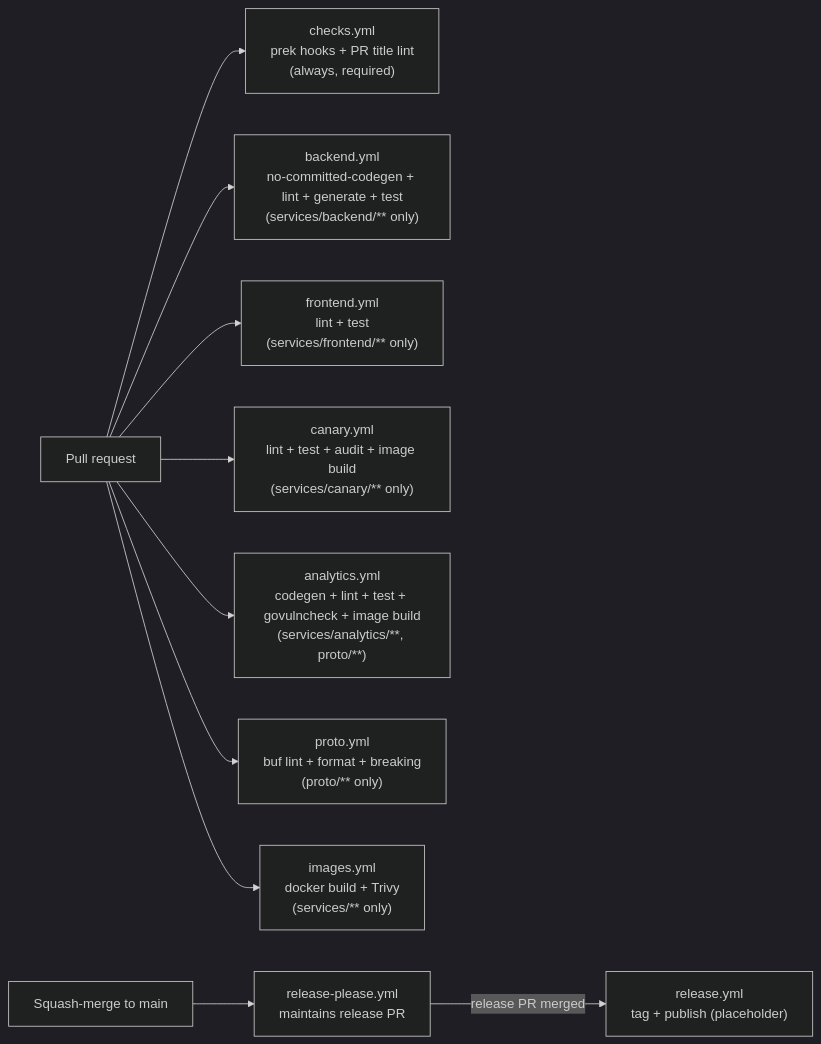
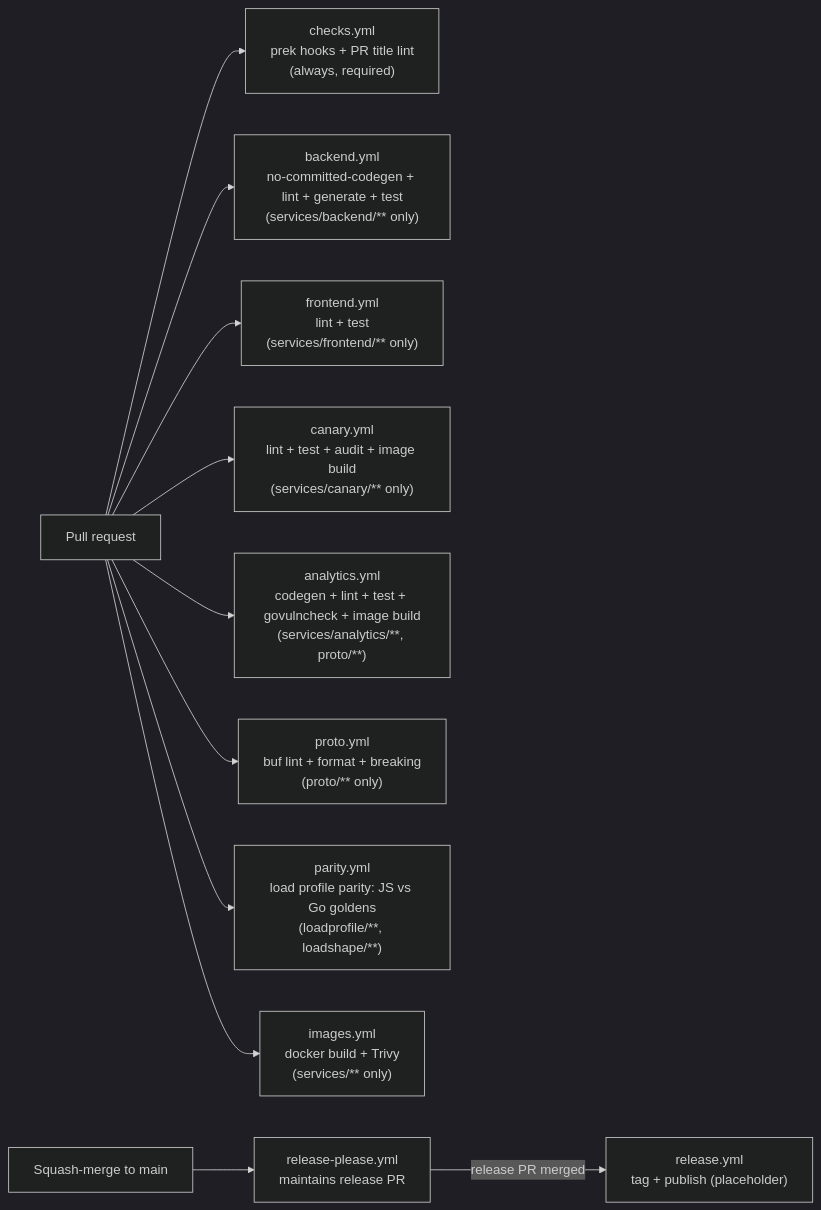
The diagram in docs/ci.md (vovinacci/devops-demo), drawn with Mermaid (dark theme) before and after one commit. The commit also changed other lines of this file and 13 other files, not shown here.

First line of the commit message:
feat(loadprofile): shared load-shape contract with parity gate

````diff
--- a/docs/ci.md
+++ b/docs/ci.md
@@ -12,12 +12,13 @@
 ```mermaid
 flowchart LR
     pr[Pull request] --> checks["checks.yml<br/>prek hooks + PR title lint<br/>(always, required)"]
     pr --> be["backend.yml<br/>no-committed-codegen + lint + generate + test<br/>(services/backend/** only)"]
     pr --> fe["frontend.yml<br/>lint + test<br/>(services/frontend/** only)"]
     pr --> ca["canary.yml<br/>lint + test + audit + image build<br/>(services/canary/** only)"]
     pr --> an["analytics.yml<br/>codegen + lint + test + govulncheck + image build<br/>(services/analytics/**, proto/**)"]
     pr --> proto["proto.yml<br/>buf lint + format + breaking<br/>(proto/** only)"]
+    pr --> par["parity.yml<br/>load profile parity: JS vs Go goldens<br/>(loadprofile/**, loadshape/**)"]
     pr --> img["images.yml<br/>docker build + Trivy<br/>(services/** only)"]
     merge[Squash-merge to main] --> rp["release-please.yml<br/>maintains release PR"]
     rp -->|release PR merged| rel["release.yml<br/>tag + publish (placeholder)"]
 ```
````
